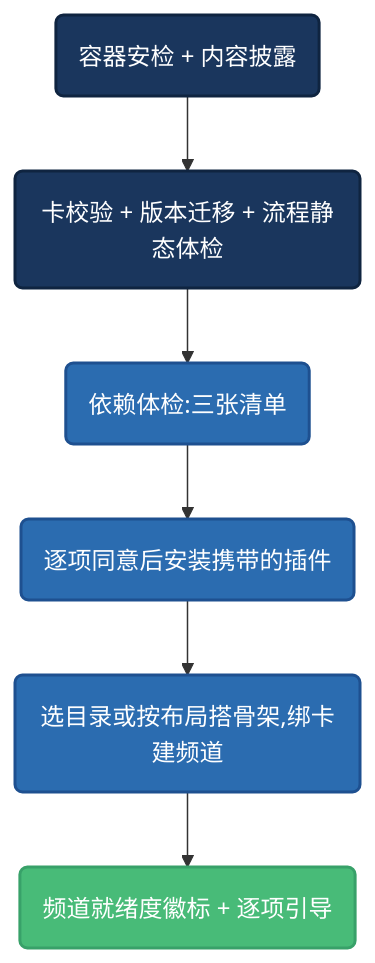
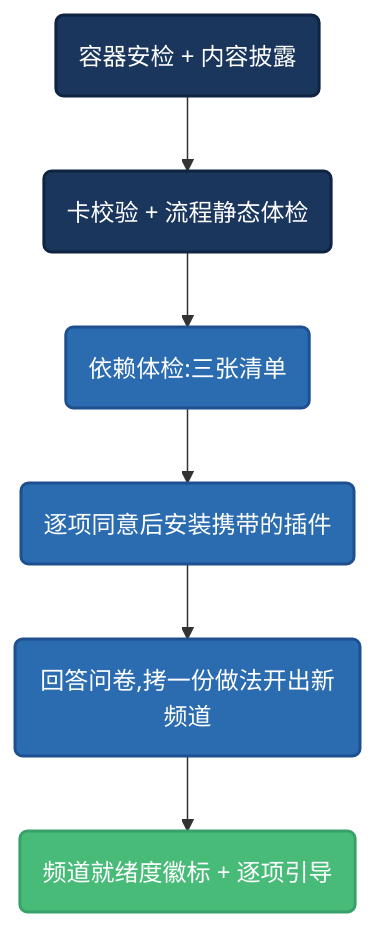
Before and after one commit to garveyhu/channek-docs: the diagram in site/docs/style-card/distribution/import-experience.md, drawn with Mermaid. The commit also changed other lines of this file and 52 other files, not shown here.

````diff
--- a/site/docs/style-card/distribution/import-experience.md
+++ b/site/docs/style-card/distribution/import-experience.md
@@ -11,12 +11,12 @@
 ```mermaid
 graph TB
     classDef gate fill:#1A365D,stroke:#0F2440,stroke-width:2px,color:#fff
     classDef step fill:#2B6CB0,stroke:#1E5090,stroke-width:2px,color:#fff
     classDef ok fill:#48BB78,stroke:#38A169,stroke-width:2px,color:#fff
 
-    A("容器安检 + 内容披露"):::gate --> B("卡校验 + 版本迁移 + 流程静态体检"):::gate
+    A("容器安检 + 内容披露"):::gate --> B("卡校验 + 流程静态体检"):::gate
     B --> C("依赖体检:三张清单"):::step
     C --> D("逐项同意后安装携带的插件"):::step
-    D --> E("选目录或按布局搭骨架,绑卡建频道"):::step
+    D --> E("回答问卷,拷一份做法开出新频道"):::step
     E --> F("频道就绪度徽标 + 逐项引导"):::ok
 ```
````
